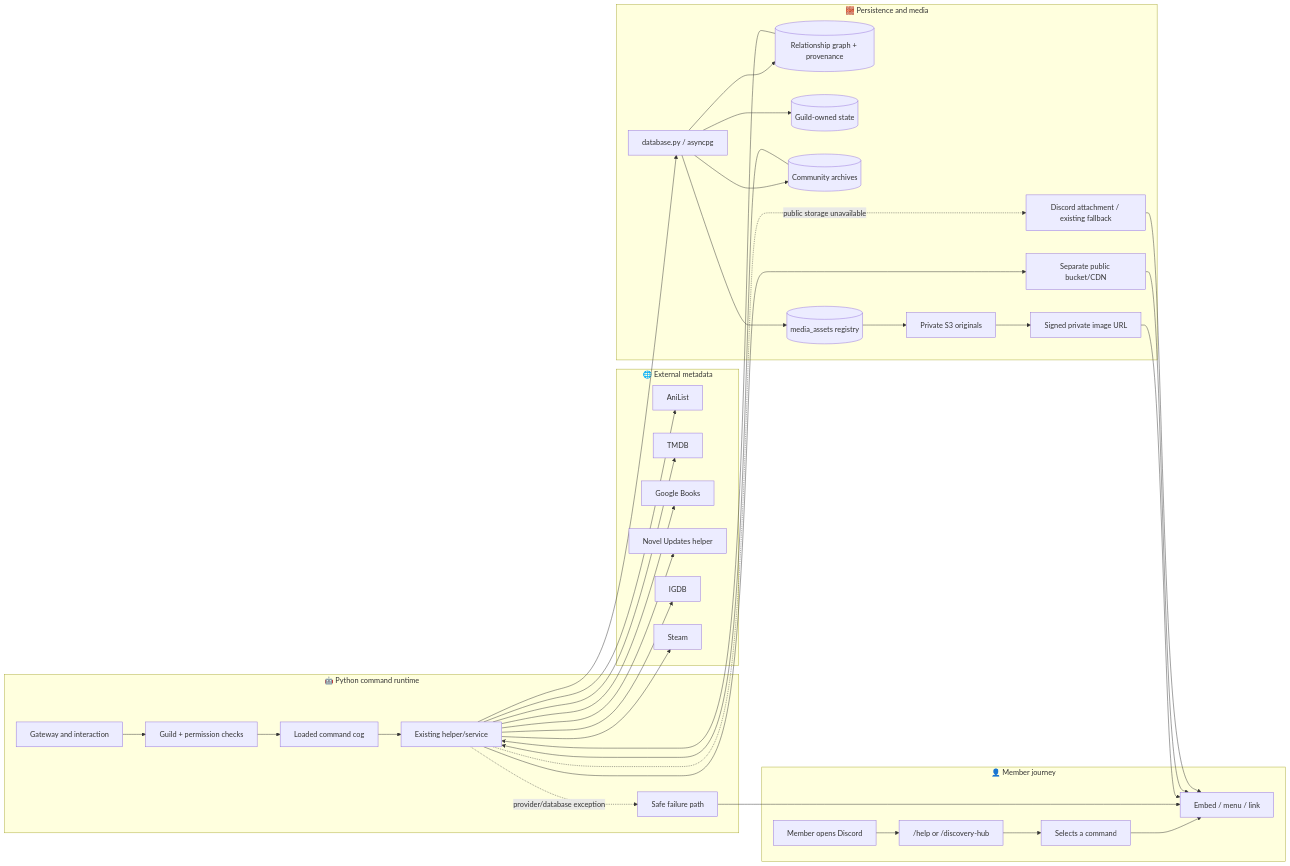
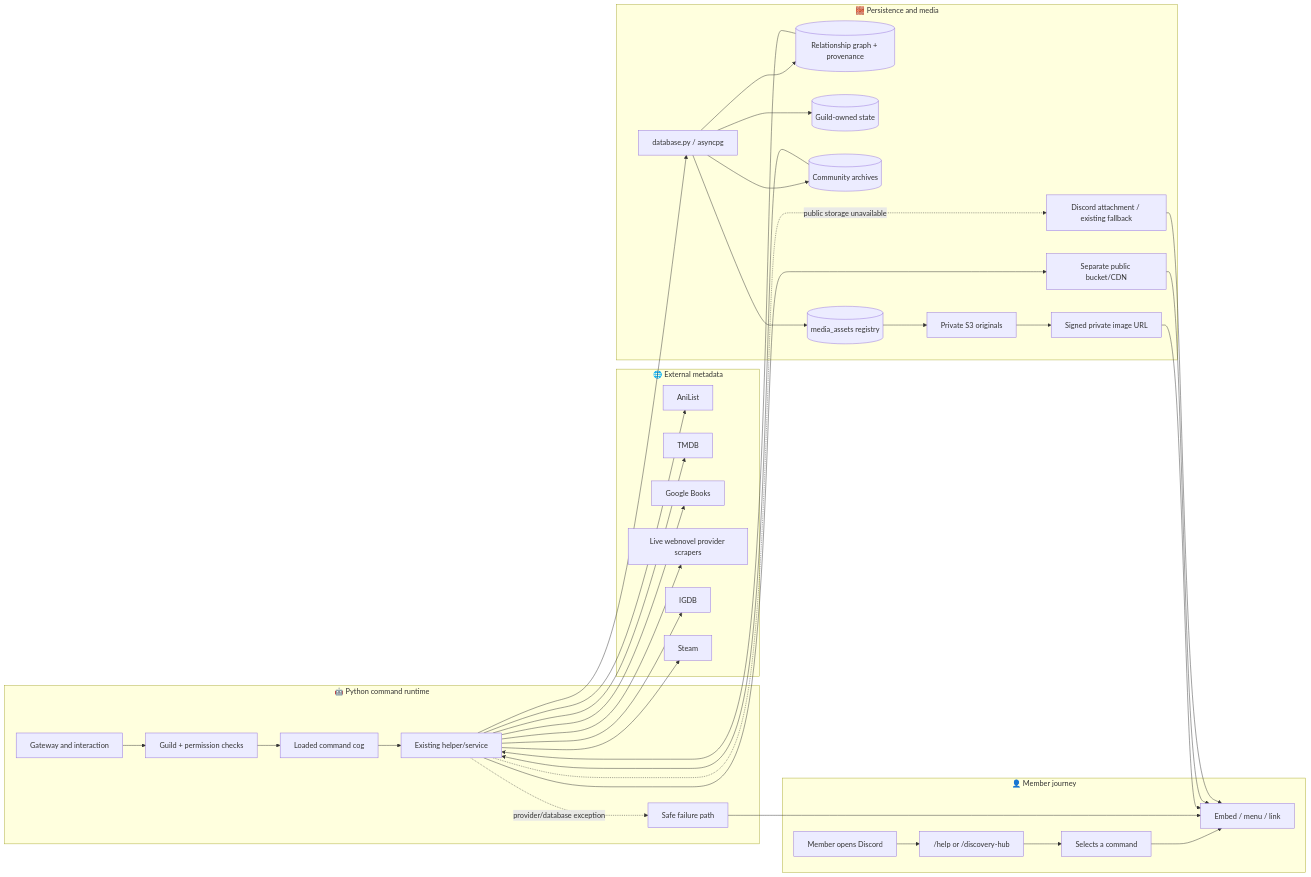
One commit to Kyerstorm/Lemegeton changed the seventh of 9 diagrams in README.md. Above: the diagram before and after it, drawn with Mermaid. The commit also changed other lines of this file and 11 other files, not shown here.

First line of the commit message:
Overhaul webnovel scraping across four live sources (#15)

````diff
--- a/README.md
+++ b/README.md
@@ -698,55 +700,55 @@
 ```mermaid
 flowchart LR
     subgraph USER["👤 Member journey"]
         U["Member opens Discord"]
         H["/help or /discovery-hub"]
         CMD["Selects a command"]
         RESPONSE["Embed / menu / link"]
         U --> H --> CMD --> RESPONSE
     end
     subgraph PYTHON["🤖 Python command runtime"]
         GATE["Gateway and interaction"]
         GUARD["Guild + permission checks"]
         COG["Loaded command cog"]
         SERVICE["Existing helper/service"]
         FAIL["Safe failure path"]
         GATE --> GUARD --> COG --> SERVICE
         SERVICE -. "provider/database exception" .-> FAIL
         FAIL --> RESPONSE
     end
     subgraph SOURCES["🌐 External metadata"]
         ANI["AniList"]
         TMDB["TMDB"]
         GOOGLE["Google Books"]
-        NOVEL["Novel Updates helper"]
+        NOVEL["Live webnovel provider scrapers"]
         IGDB["IGDB"]
         STEAM["Steam"]
     end
     subgraph STORAGE["🧱 Persistence and media"]
         DB["database.py / asyncpg"]
         GRAPH[("Relationship graph + provenance")]
         GUILD[("Guild-owned state")]
         ARCHIVE[("Community archives")]
         ASSET[("media_assets registry")]
         PRIVATE["Private S3 originals"]
         SIGNED["Signed private image URL"]
         PUBLIC["Separate public bucket/CDN"]
         FALLBACK["Discord attachment / existing fallback"]
     end
     SERVICE --> ANI
     SERVICE --> TMDB
     SERVICE --> GOOGLE
     SERVICE --> NOVEL
     SERVICE --> IGDB
     SERVICE --> STEAM
     SERVICE --> DB
     DB --> GRAPH
     DB --> GUILD
     DB --> ARCHIVE
     DB --> ASSET
     ASSET --> PRIVATE --> SIGNED --> RESPONSE
     SERVICE --> PUBLIC --> RESPONSE
     SERVICE -. "public storage unavailable" .-> FALLBACK --> RESPONSE
     GRAPH --> SERVICE
     ARCHIVE --> SERVICE
 ```
````
